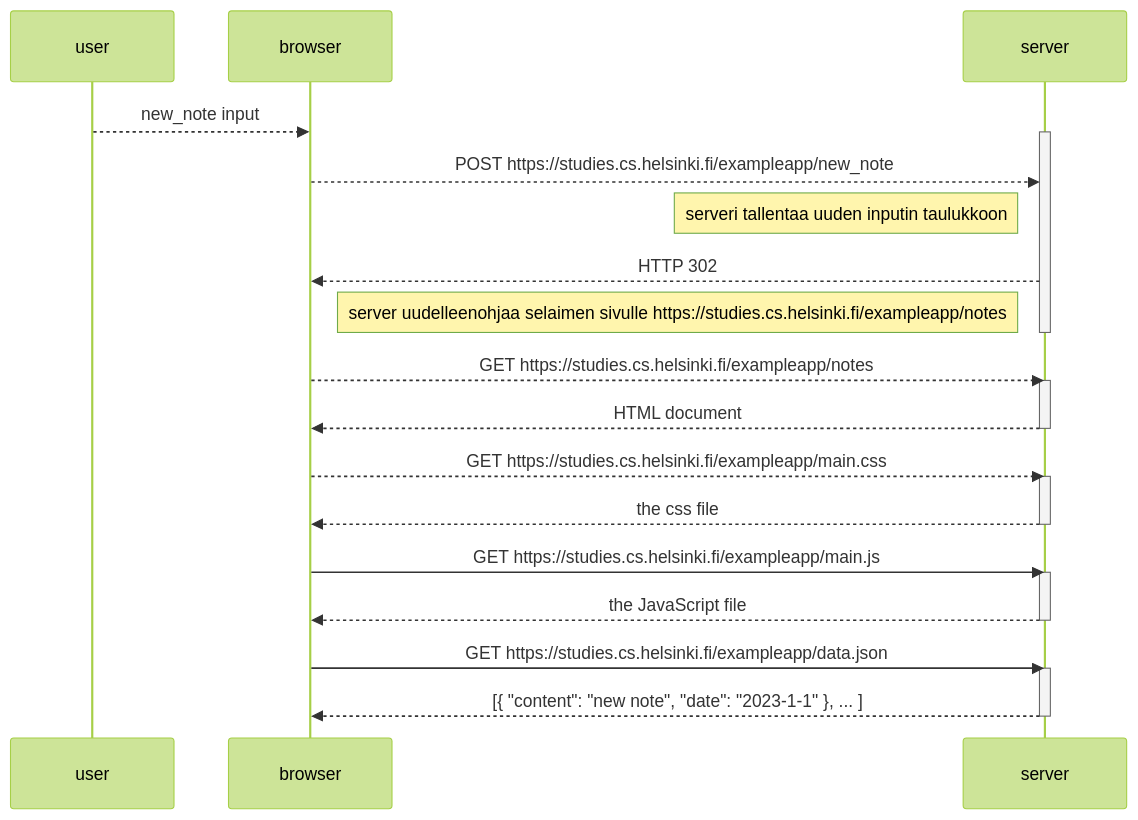
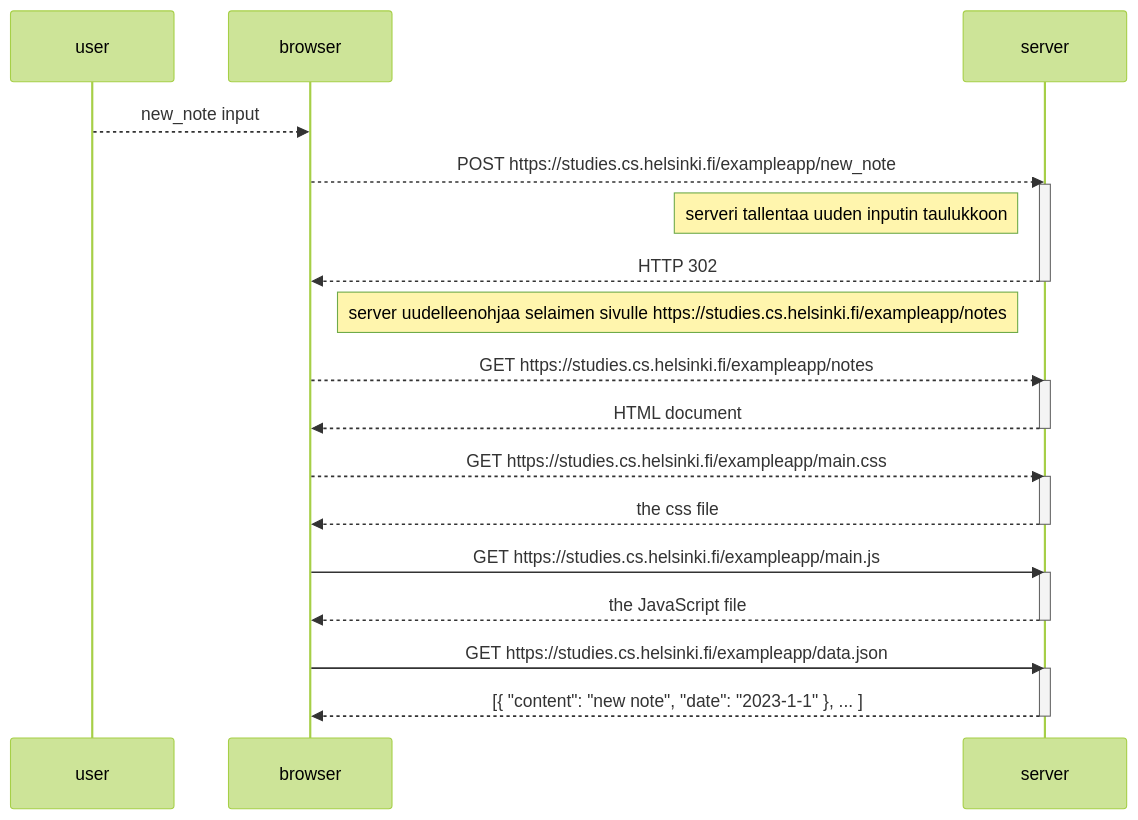
One commit to pinj4/FullStack-course changed the diagram in osa0/0.4-uusi_muistiinpano.md. Above: the diagram before and after it, drawn with Mermaid (forest theme). The commit also changed other lines of this file, not shown here.

````diff
--- a/osa0/0.4-uusi_muistiinpano.md
+++ b/osa0/0.4-uusi_muistiinpano.md
@@ -1,34 +1,34 @@
 ```mermaid
 sequenceDiagram
   participant user
   participant browser
   participant server
 
   user-->>browser: new_note input
+  browser-->>server: POST https://studies.cs.helsinki.fi/exampleapp/new_note
   activate server
-  browser-->>server: POST https://studies.cs.helsinki.fi/exampleapp/new_note
   Note left of server: serveri tallentaa uuden inputin taulukkoon
   server-->>browser: HTTP 302
+  deactivate server
   Note left of server: server uudelleenohjaa selaimen sivulle https://studies.cs.helsinki.fi/exampleapp/notes
-  deactivate server
 
   browser-->>server: GET https://studies.cs.helsinki.fi/exampleapp/notes
   activate server
   server-->>browser: HTML document
   deactivate server
 
   browser-->>server: GET https://studies.cs.helsinki.fi/exampleapp/main.css
   activate server
   server-->>browser: the css file
   deactivate server
     
   browser->>server: GET https://studies.cs.helsinki.fi/exampleapp/main.js
   activate server
   server-->>browser: the JavaScript file
   deactivate server
 
   browser->>server: GET https://studies.cs.helsinki.fi/exampleapp/data.json
   activate server
   server-->>browser: [{ "content": "new note", "date": "2023-1-1" }, ... ]
   deactivate server    
 ```
````
